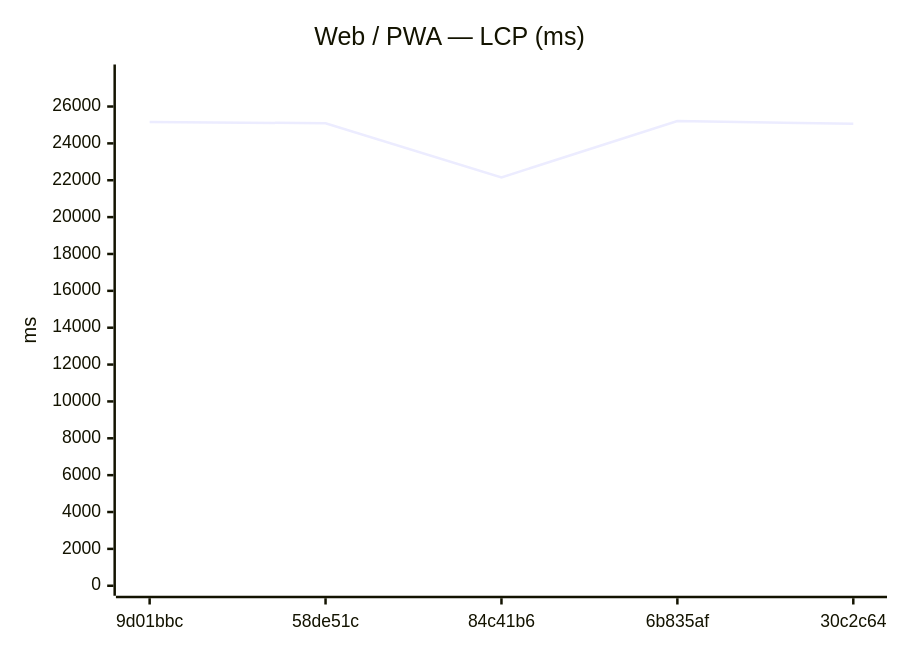
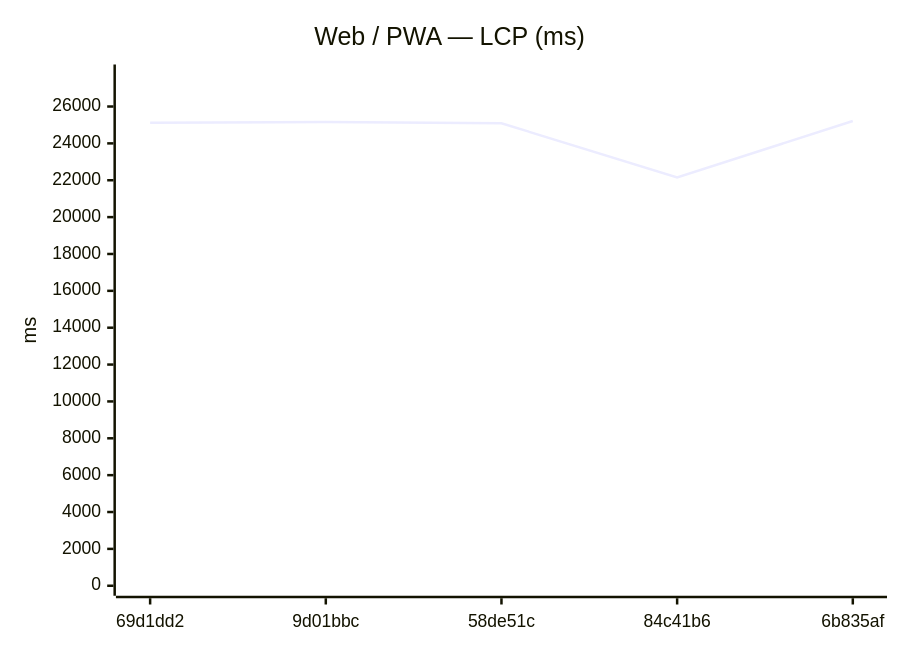
Before and after one commit to Metaheurist/Rianell: the fifth of 12 diagrams in benchmarks/compare.md, drawn with Mermaid. The commit also changed other lines of this file and 8 other files, not shown here.

````diff
--- a/benchmarks/compare.md
+++ b/benchmarks/compare.md
@@ -82,7 +82,7 @@
 ```mermaid
 xychart-beta
     title "Web / PWA — LCP (ms)"
-    x-axis ["9d01bbc", "58de51c", "84c41b6", "6b835af", "30c2c64"]
+    x-axis ["69d1dd2", "9d01bbc", "58de51c", "84c41b6", "6b835af"]
     y-axis "ms" 0 --> 27737
-    line [25162, 25092, 22152, 25215, 25064]
+    line [25124, 25162, 25092, 22152, 25215]
 ```
````
